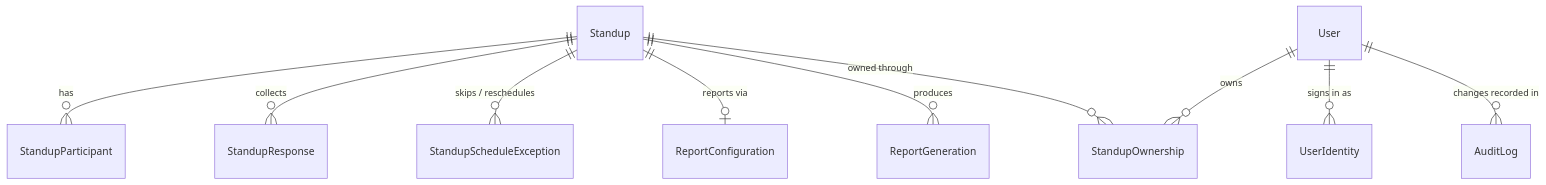
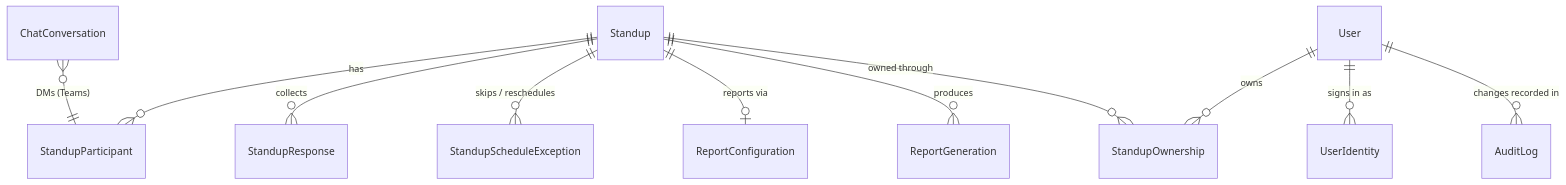
Before and after one commit to mrecachinas/standup-bot: the fourth of 4 diagrams in docs/architecture.md, drawn with Mermaid. The commit also changed other lines of this file and 100 other files, not shown here.

First line of the commit message:
Add Microsoft Teams as a chat platform

````diff
--- a/docs/architecture.md
+++ b/docs/architecture.md
@@ -87,12 +105,13 @@
 ```mermaid
 erDiagram
     Standup ||--o{ StandupParticipant : has
     Standup ||--o{ StandupResponse : collects
     Standup ||--o{ StandupScheduleException : "skips / reschedules"
     Standup ||--o| ReportConfiguration : "reports via"
     Standup ||--o{ ReportGeneration : produces
     Standup ||--o{ StandupOwnership : "owned through"
     User ||--o{ StandupOwnership : owns
     User ||--o{ UserIdentity : "signs in as"
+    ChatConversation }o--|| StandupParticipant : "DMs (Teams)"
     User ||--o{ AuditLog : "changes recorded in"
 ```
````
